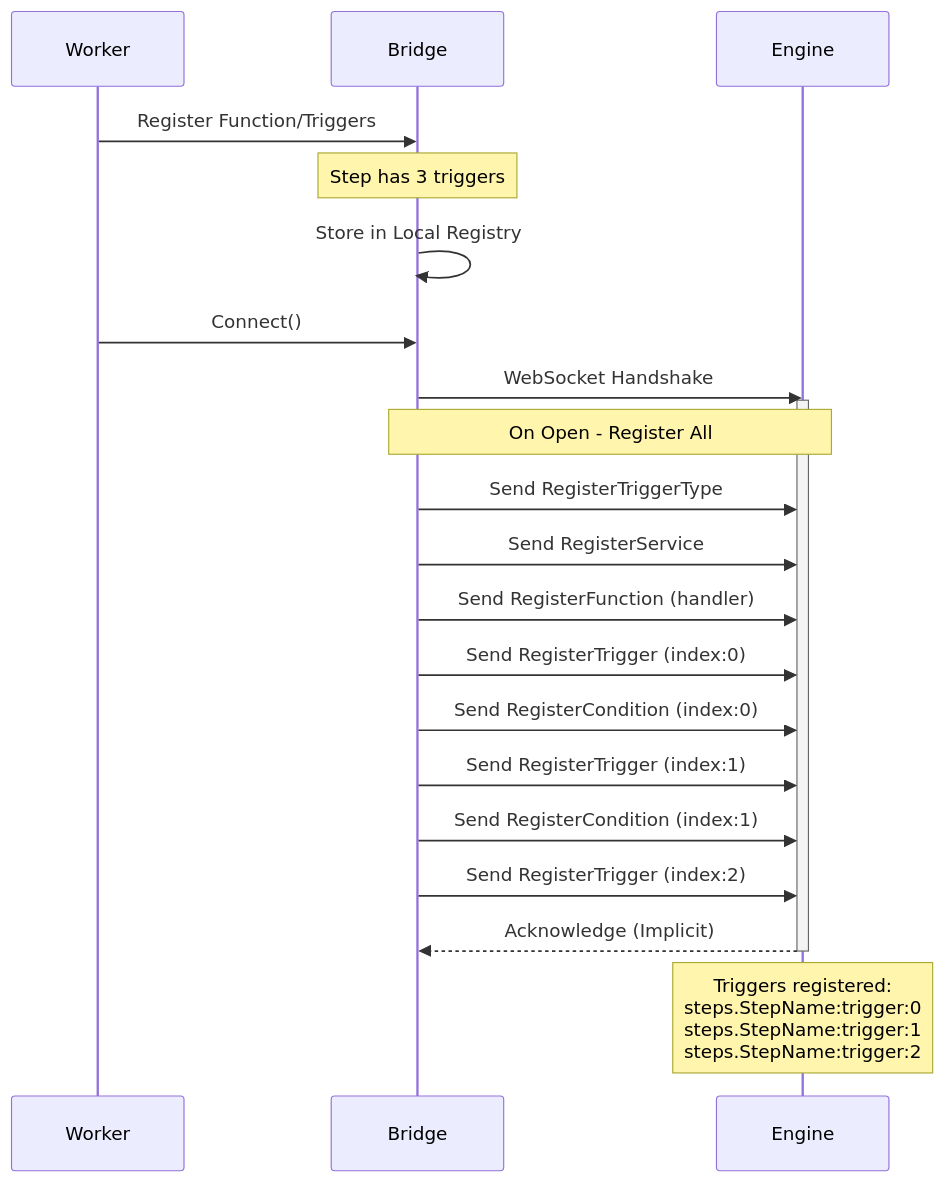
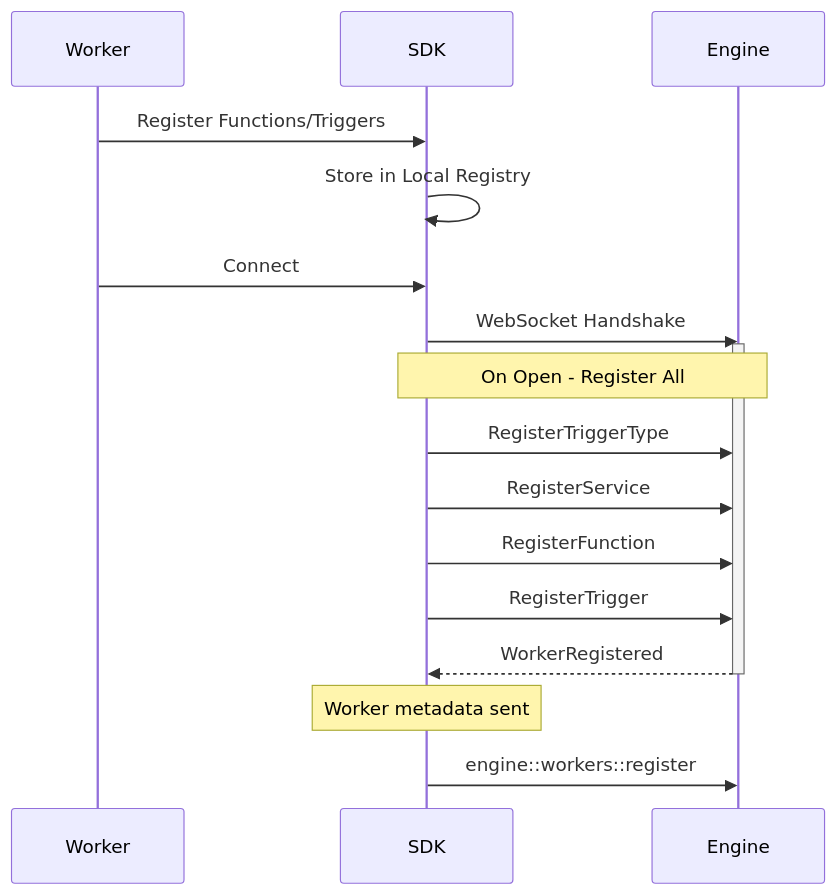
Before and after one commit to iii-hq/docs: the second of 2 diagrams in content/advanced/sdk-implementation.mdx, drawn with Mermaid. The commit also changed other lines of this file and 7 other files, not shown here.

````diff
--- a/content/advanced/sdk-implementation.mdx
+++ b/content/advanced/sdk-implementation.mdx
@@ -26,29 +22,25 @@
 ```mermaid
 sequenceDiagram
     participant Worker
-    participant Bridge
+    participant SDK
     participant Engine
 
-    Worker->>Bridge: Register Function/Triggers
-    Note over Bridge: Step has 3 triggers
-    Bridge->>Bridge: Store in Local Registry
+    Worker->>SDK: Register Functions/Triggers
+    SDK->>SDK: Store in Local Registry
 
-    Worker->>Bridge: Connect()
-    Bridge->>Engine: WebSocket Handshake
+    Worker->>SDK: Connect
+    SDK->>Engine: WebSocket Handshake
     activate Engine
 
-    Note over Bridge, Engine: On Open - Register All
-    Bridge->>Engine: Send RegisterTriggerType
-    Bridge->>Engine: Send RegisterService
-    Bridge->>Engine: Send RegisterFunction (handler)
-    Bridge->>Engine: Send RegisterTrigger (index:0)
-    Bridge->>Engine: Send RegisterCondition (index:0)
-    Bridge->>Engine: Send RegisterTrigger (index:1)
-    Bridge->>Engine: Send RegisterCondition (index:1)
-    Bridge->>Engine: Send RegisterTrigger (index:2)
+    Note over SDK, Engine: On Open - Register All
+    SDK->>Engine: RegisterTriggerType
+    SDK->>Engine: RegisterService
+    SDK->>Engine: RegisterFunction
+    SDK->>Engine: RegisterTrigger
 
-    Engine-->>Bridge: Acknowledge (Implicit)
+    Engine-->>SDK: WorkerRegistered
     deactivate Engine
 
-    Note over Engine: Triggers registered:<br/>steps.StepName:trigger:0<br/>steps.StepName:trigger:1<br/>steps.StepName:trigger:2
+    Note over SDK: Worker metadata sent
+    SDK->>Engine: engine::workers::register
 ```
````
